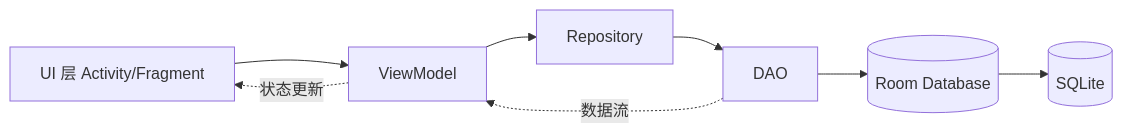
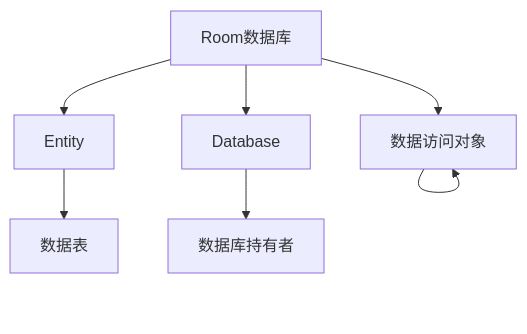
One commit to Carrie-L/carrie-l.github.io changed the diagram in AndroidDeveloperGuideStory/Contents/vol1/1.6.1 使用 Room 在本地数据库保存数据.md. Above: the diagram before and after it, drawn with Mermaid. The commit also changed other lines of this file, not shown here.

Commit message:
feat(chapter-1.6.1): Room database

````diff
--- a/AndroidDeveloperGuideStory/Contents/vol1/1.6.1 使用 Room 在本地数据库保存数据.md
+++ b/AndroidDeveloperGuideStory/Contents/vol1/1.6.1 使用 Room 在本地数据库保存数据.md
@@ -273,10 +44,10 @@
 ```mermaid
-flowchart LR
-A[UI 层 Activity/Fragment] --> B[ViewModel]
-B --> C[Repository]
-C --> D[DAO]
-D --> E[(Room Database)]
-E --> F[(SQLite)]
-D -.数据流.-> B
-B -.状态更新.-> A
+graph TD
+    A[Room数据库] --> B[Entity]
+    A --> C[DAO]
+    A --> D[Database]
+    
+    B --> B1[数据表]
+    C --> C[数据访问对象]
+    D --> D1[数据库持有者]
 ```
````
